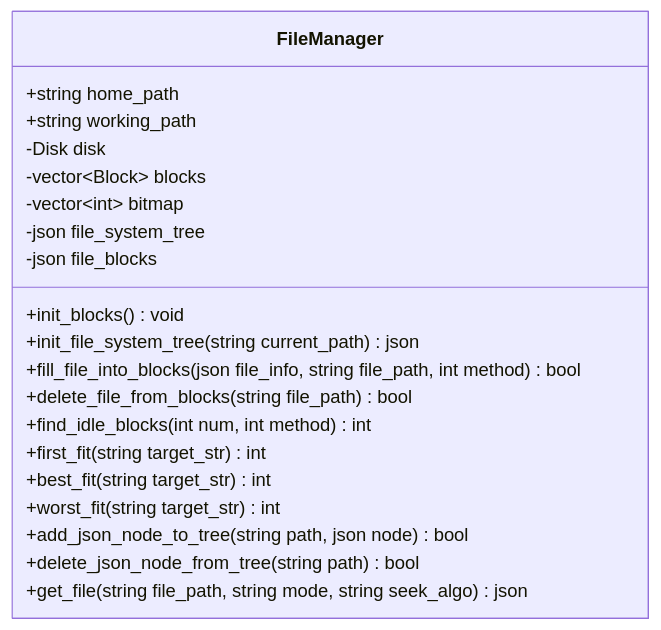
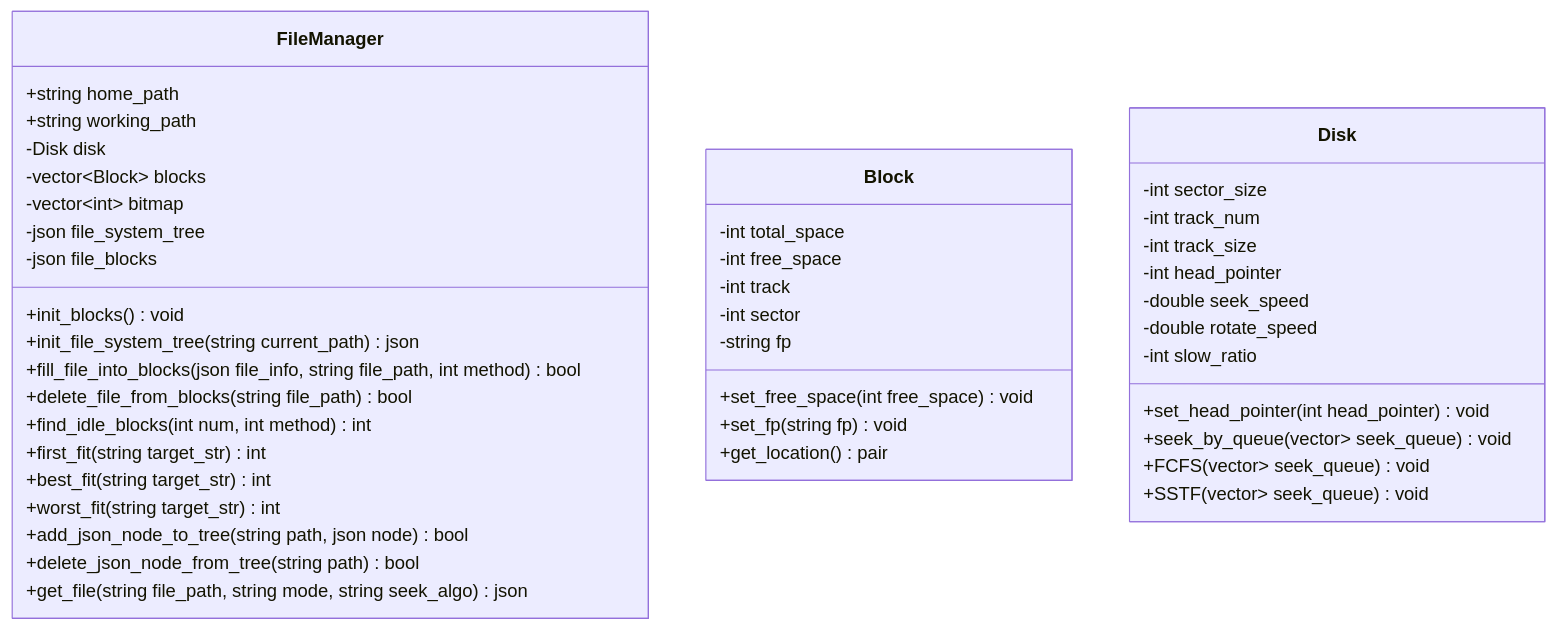
The third of 3 diagrams in README.md (MsunM-cell/Operating-System), drawn with Mermaid before and after one commit.

Commit message:
add: Disk and Block class diagram

````diff
--- a/README.md
+++ b/README.md
@@ -92,24 +92,51 @@
 ```mermaid
 classDiagram
 class FileManager {
     +string home_path
     +string working_path
     -Disk disk
     -vector~Block~ blocks
     -vector~int~ bitmap
     -json file_system_tree
     -json file_blocks
 
     +init_blocks() void
     +init_file_system_tree(string current_path) json
     +fill_file_into_blocks(json file_info, string file_path, int method) bool
     +delete_file_from_blocks(string file_path) bool
     +find_idle_blocks(int num, int method) int
     +first_fit(string target_str) int
     +best_fit(string target_str) int
     +worst_fit(string target_str) int
     +add_json_node_to_tree(string path, json node) bool
     +delete_json_node_from_tree(string path) bool
     +get_file(string file_path, string mode, string seek_algo) json
 }
+
+class Block {
+    -int total_space
+    -int free_space
+    -int track
+    -int sector
+    -string fp
+
+    +set_free_space(int free_space) void
+    +set_fp(string fp) void
+    +get_location() pair<int, int>
+}
+
+class Disk {
+    -int sector_size
+    -int track_num
+    -int track_size
+    -int head_pointer
+    -double seek_speed
+    -double rotate_speed
+    -int slow_ratio
+
+    +set_head_pointer(int head_pointer) void
+    +seek_by_queue(vector<pair<int, int>> seek_queue) void
+    +FCFS(vector<pair<int, int>> seek_queue) void
+    +SSTF(vector<pair<int, int>> seek_queue) void
+}
 ```
````
